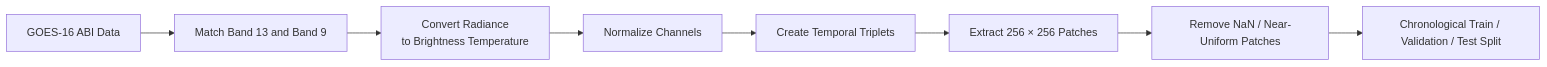
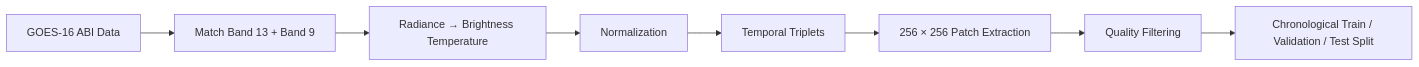
One commit to SrimathiSubbiah/Increasing_Temporal_Resolution_Of_Geostationary_Satellite changed the third of 10 diagrams in README.md. Above: the diagram before and after it, drawn with Mermaid. The commit also changed other lines of this file, not shown here.

````diff
--- a/README.md
+++ b/README.md
@@ -215,18 +276,18 @@
 ```mermaid
 flowchart LR
 
-A[GOES-16 ABI Data]
---> B[Match Band 13 and Band 9]
+    A["GOES-16 ABI Data"]
+    --> B["Match Band 13 + Band 9"]
 
-B --> C[Convert Radiance<br/>to Brightness Temperature]
+    B --> C["Radiance → Brightness Temperature"]
 
-C --> D[Normalize Channels]
+    C --> D["Normalization"]
 
-D --> E[Create Temporal Triplets]
+    D --> E["Temporal Triplets"]
 
-E --> F[Extract 256 × 256 Patches]
+    E --> F["256 × 256 Patch Extraction"]
 
-F --> G[Remove NaN / Near-Uniform Patches]
+    F --> G["Quality Filtering"]
 
-G --> H[Chronological Train / Validation / Test Split]
+    G --> H["Chronological Train / Validation / Test Split"]
 ```
````
